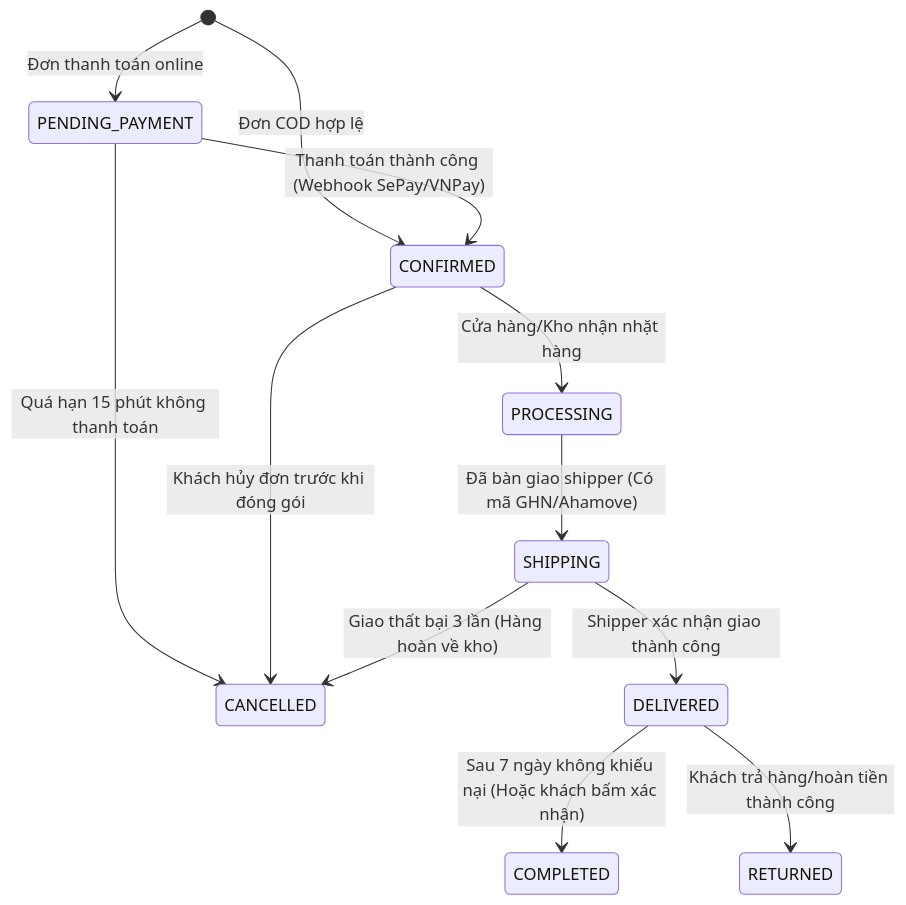
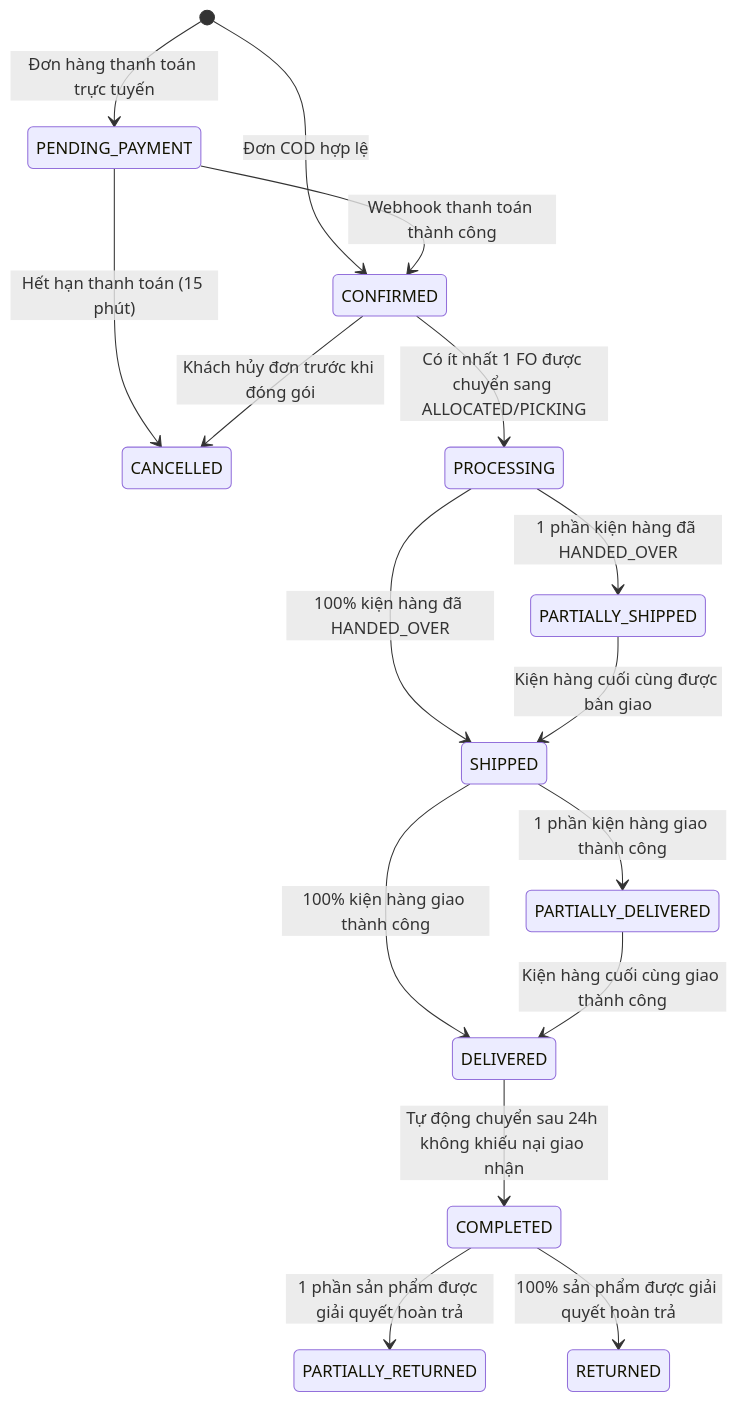
One commit to Viettrung1404/DUT.CosmeticsRetailSystem changed the sixth of 8 diagrams in docs/2-design/05_thiet_ke_fulfillment_logistics_rma.md. Above: the diagram before and after it, drawn with Mermaid. The commit also changed other lines of this file and 31 other files, not shown here.

````diff
--- a/docs/2-design/05_thiet_ke_fulfillment_logistics_rma.md
+++ b/docs/2-design/05_thiet_ke_fulfillment_logistics_rma.md
@@ -434,19 +1002,24 @@
 ```mermaid
 stateDiagram-v2
-    [*] --> PENDING_PAYMENT: Đơn thanh toán online
+    [*] --> PENDING_PAYMENT: Đơn hàng thanh toán trực tuyến
     [*] --> CONFIRMED: Đơn COD hợp lệ
 
-    PENDING_PAYMENT --> CONFIRMED: Thanh toán thành công (Webhook SePay/VNPay)
-    PENDING_PAYMENT --> CANCELLED: Quá hạn 15 phút không thanh toán
+    PENDING_PAYMENT --> CONFIRMED: Webhook thanh toán thành công
+    PENDING_PAYMENT --> CANCELLED: Hết hạn thanh toán (15 phút)
 
-    CONFIRMED --> PROCESSING: Cửa hàng/Kho nhận nhặt hàng
+    CONFIRMED --> PROCESSING: Có ít nhất 1 FO được chuyển sang ALLOCATED/PICKING
     CONFIRMED --> CANCELLED: Khách hủy đơn trước khi đóng gói
 
-    PROCESSING --> SHIPPING: Đã bàn giao shipper (Có mã GHN/Ahamove)
-    
-    SHIPPING --> DELIVERED: Shipper xác nhận giao thành công
-    SHIPPING --> CANCELLED: Giao thất bại 3 lần (Hàng hoàn về kho)
+    PROCESSING --> PARTIALLY_SHIPPED: 1 phần kiện hàng đã HANDED_OVER
+    PROCESSING --> SHIPPED: 100% kiện hàng đã HANDED_OVER
 
-    DELIVERED --> COMPLETED: Sau 7 ngày không khiếu nại (Hoặc khách bấm xác nhận)
-    DELIVERED --> RETURNED: Khách trả hàng/hoàn tiền thành công
+    PARTIALLY_SHIPPED --> SHIPPED: Kiện hàng cuối cùng được bàn giao
+    SHIPPED --> PARTIALLY_DELIVERED: 1 phần kiện hàng giao thành công
+    SHIPPED --> DELIVERED: 100% kiện hàng giao thành công
+
+    PARTIALLY_DELIVERED --> DELIVERED: Kiện hàng cuối cùng giao thành công
+
+    DELIVERED --> COMPLETED: Tự động chuyển sau 24h không khiếu nại giao nhận
+    COMPLETED --> PARTIALLY_RETURNED: 1 phần sản phẩm được giải quyết hoàn trả
+    COMPLETED --> RETURNED: 100% sản phẩm được giải quyết hoàn trả
 ```
````
